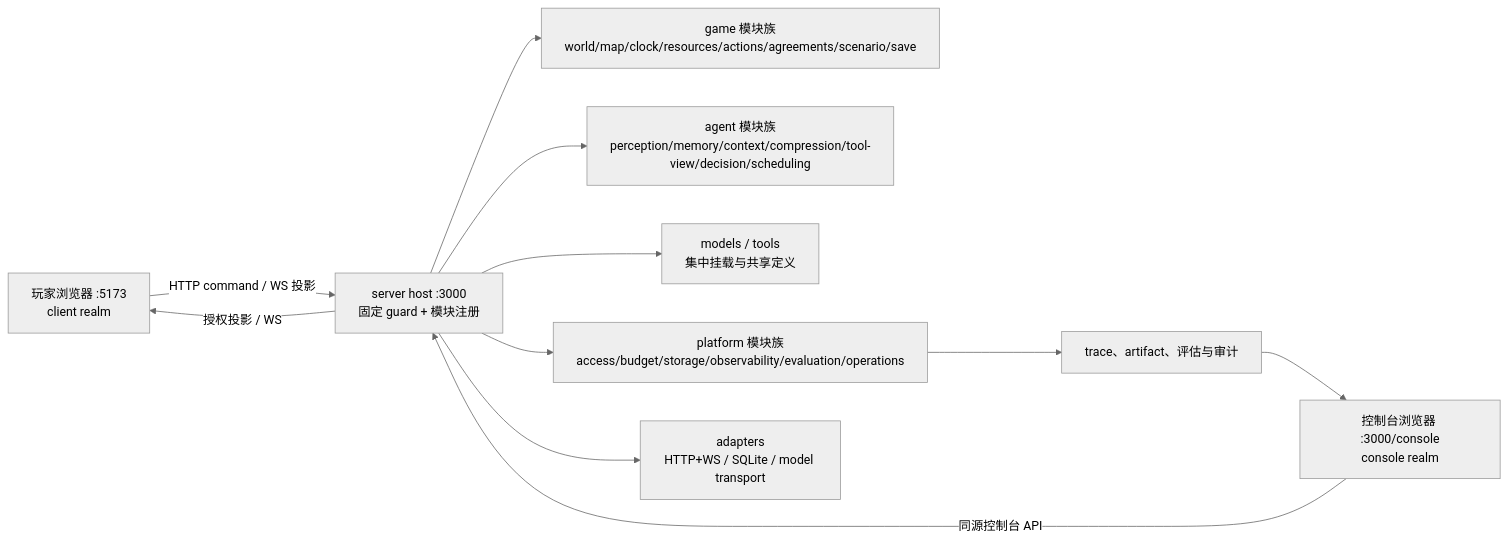
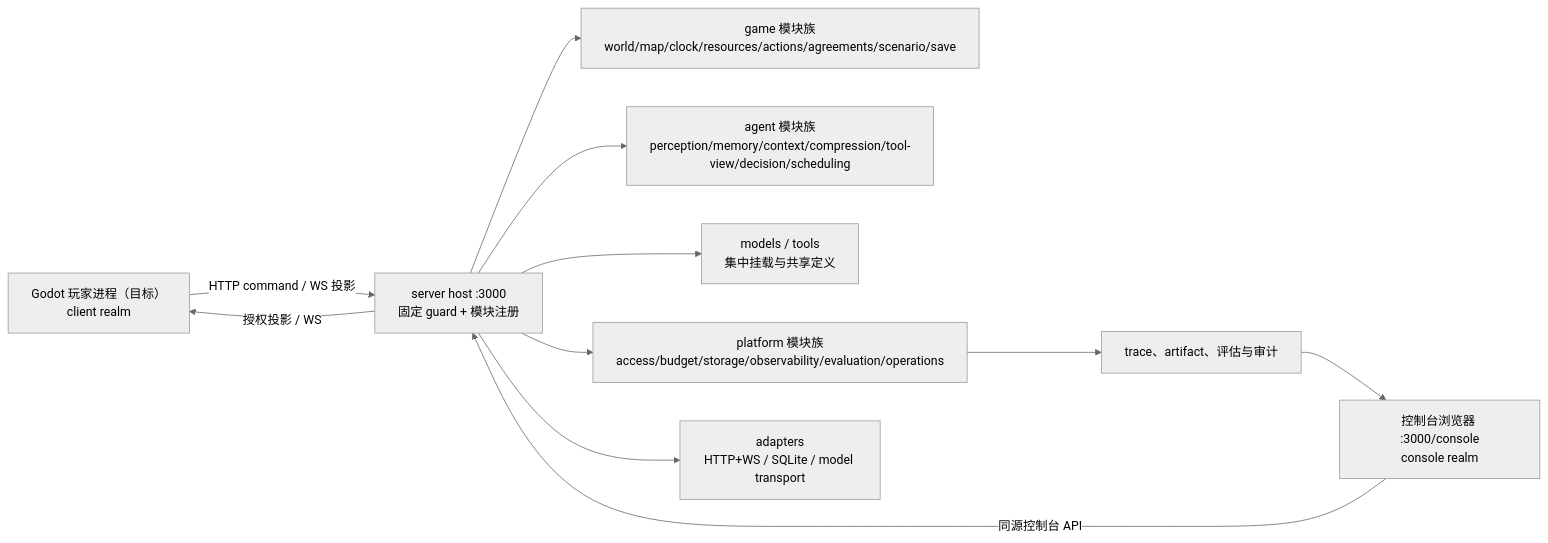
One commit to daftpunkwave/ai-npc-demo changed the diagram in docs/architecture/overview.md. Above: the diagram before and after it, drawn with Mermaid (neutral theme). The commit also changed other lines of this file and 32 other files, not shown here.

First line of the commit message:
docs(client): 定义 Godot 原生玩家端迁移规格 (#344)

```diff
--- a/docs/architecture/overview.md
+++ b/docs/architecture/overview.md
@@ -35,13 +35,13 @@
 ~~~mermaid
 flowchart LR
-  P["玩家浏览器 :5173<br/>client realm"] -->|"HTTP command / WS 投影"| S["server host :3000<br/>固定 guard + 模块注册"]
+  P["Godot 玩家进程（目标）<br/>client realm"] -->|"HTTP command / WS 投影"| S["server host :3000<br/>固定 guard + 模块注册"]
   C["控制台浏览器 :3000/console<br/>console realm"] -->|"同源控制台 API"| S
   S --> G["game 模块族<br/>world/map/clock/resources/actions/agreements/scenario/save"]
   S --> A["agent 模块族<br/>perception/memory/context/compression/tool-view/decision/scheduling"]
   S --> M["models / tools<br/>集中挂载与共享定义"]
   S --> X["platform 模块族<br/>access/budget/storage/observability/evaluation/operations"]
   S --> T["adapters<br/>HTTP+WS / SQLite / model transport"]
   X --> E["trace、artifact、评估与审计"]
   E --> C
   S -->|"授权投影 / WS"| P
 ~~~
```
